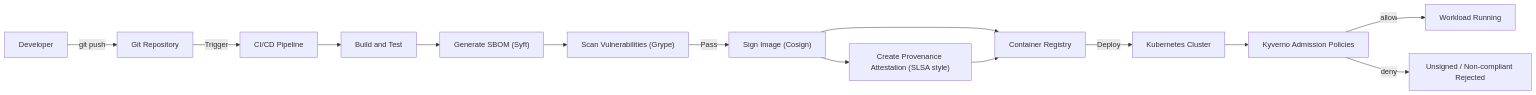
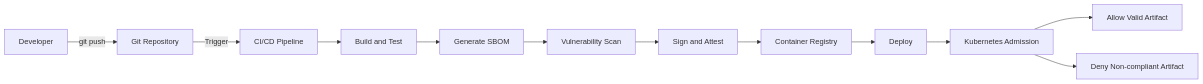
The diagram in README.md (sinhnguyen1411/design-and-implementation-of-automated-supply-chain-security-for-go-microservices-on-kubernetes), drawn with Mermaid before and after one commit. The commit also changed other lines of this file and 2 other files, not shown here.

Commit message:
docs: add english thesis spec and sync roadmap traceability

````diff
--- a/README.md
+++ b/README.md
@@ -22,16 +12,14 @@
 ```mermaid
 flowchart LR
   Dev["Developer"] -->|"git push"| Repo["Git Repository"]
   Repo -->|"Trigger"| CI["CI/CD Pipeline"]
   CI --> Build["Build and Test"]
-  Build --> SBOM["Generate SBOM (Syft)"]
-  SBOM --> Scan["Scan Vulnerabilities (Grype)"]
-  Scan -->|"Pass"| Sign["Sign Image (Cosign)"]
-  Sign --> Attest["Create Provenance Attestation (SLSA style)"]
+  Build --> SBOM["Generate SBOM"]
+  SBOM --> Scan["Vulnerability Scan"]
+  Scan --> Sign["Sign and Attest"]
   Sign --> Registry["Container Registry"]
-  Attest --> Registry
-  Registry -->|"Deploy"| K8s["Kubernetes Cluster"]
-  K8s --> Admit["Kyverno Admission Policies"]
-  Admit -->|"allow"| Run["Workload Running"]
-  Admit -->|"deny"| Block["Unsigned / Non-compliant Rejected"]
+  Registry --> Deploy["Deploy"]
+  Deploy --> Admit["Kubernetes Admission"]
+  Admit --> Allow["Allow Valid Artifact"]
+  Admit --> Deny["Deny Non-compliant Artifact"]
 ```
````
